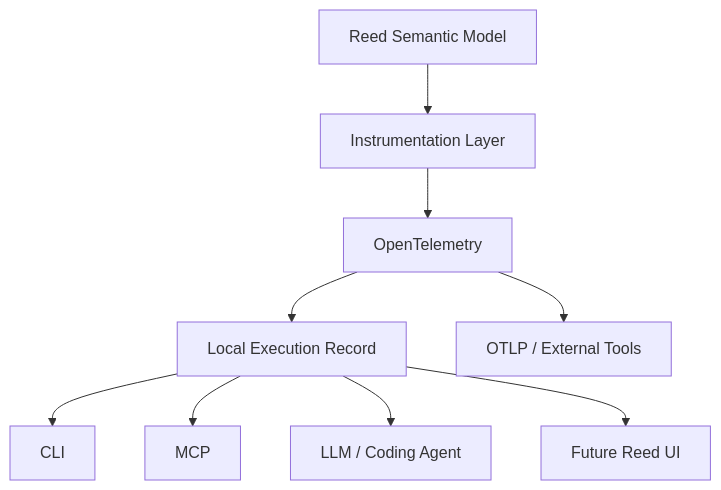
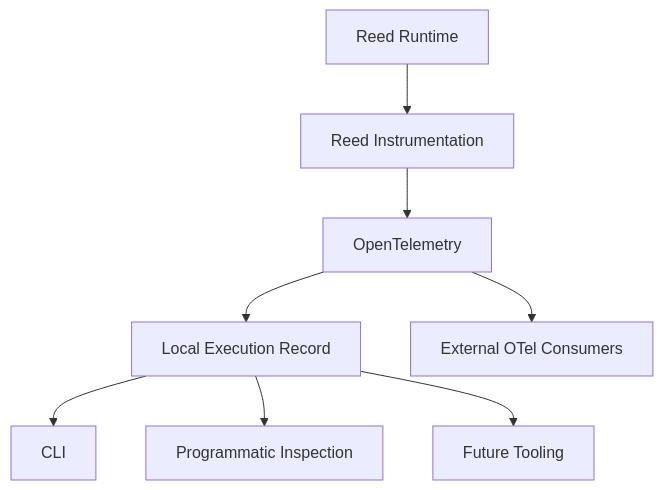
The seventh of 13 diagrams in roadmap.md (aam-cloudsky/Reed), drawn with Mermaid before and after one commit. The commit also changed other lines of this file, not shown here.

First line of the commit message:
Revise Reed Architectural Roadmap for clarity and structure

````diff
--- a/roadmap.md
+++ b/roadmap.md
@@ -405,16 +396,12 @@
 ```mermaid
 flowchart TD
-    R["Reed Semantic Model"]
+    R["Reed Runtime"] --> I["Reed Instrumentation"]
+    I --> OT["OpenTelemetry"]
 
-    R --> I["Instrumentation Layer"]
+    OT --> LR["Local Execution Record"]
+    OT --> EX["External OTel Consumers"]
 
-    I --> O["OpenTelemetry"]
-
-    O --> L["Local Execution Record"]
-    O --> OT["OTLP / External Tools"]
-
-    L --> CLI["CLI"]
-    L --> MCP["MCP"]
-    L --> AI["LLM / Coding Agent"]
-    L --> UI["Future Reed UI"]
+    LR --> C1["CLI"]
+    LR --> C2["Programmatic Inspection"]
+    LR --> C3["Future Tooling"]
 ```
````
